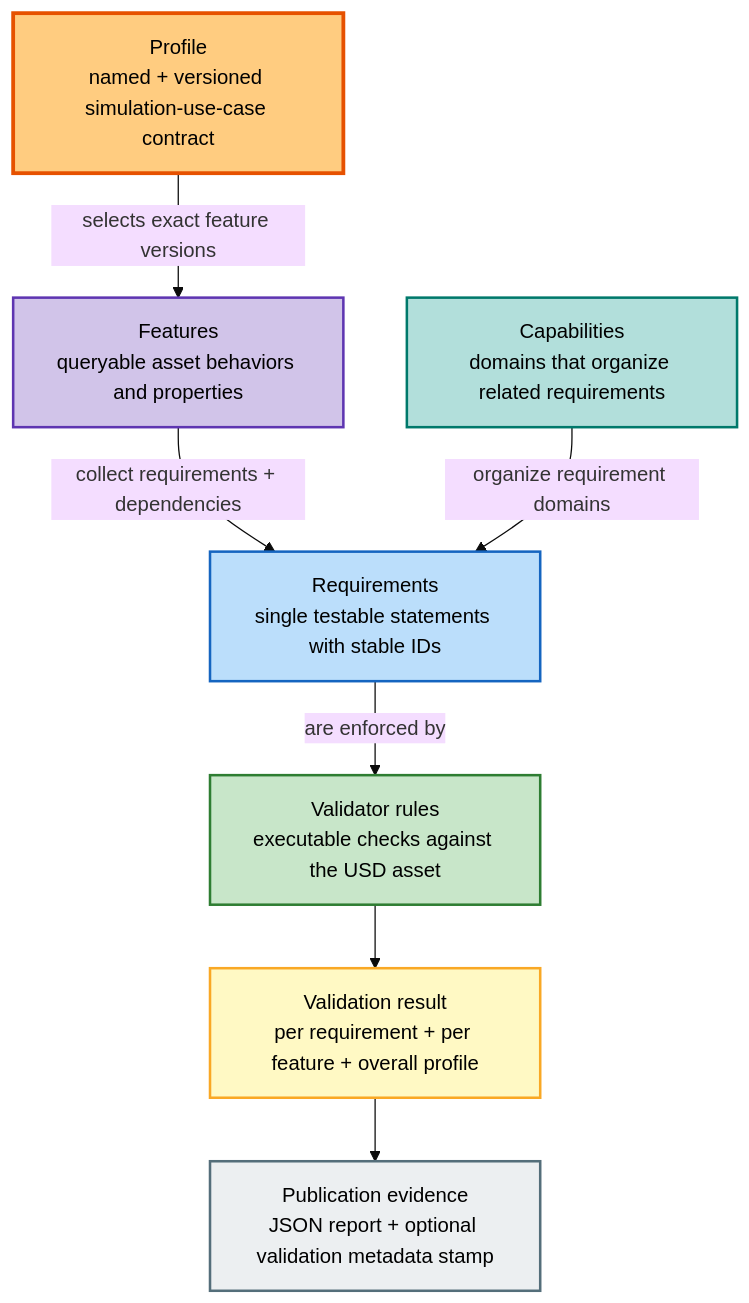
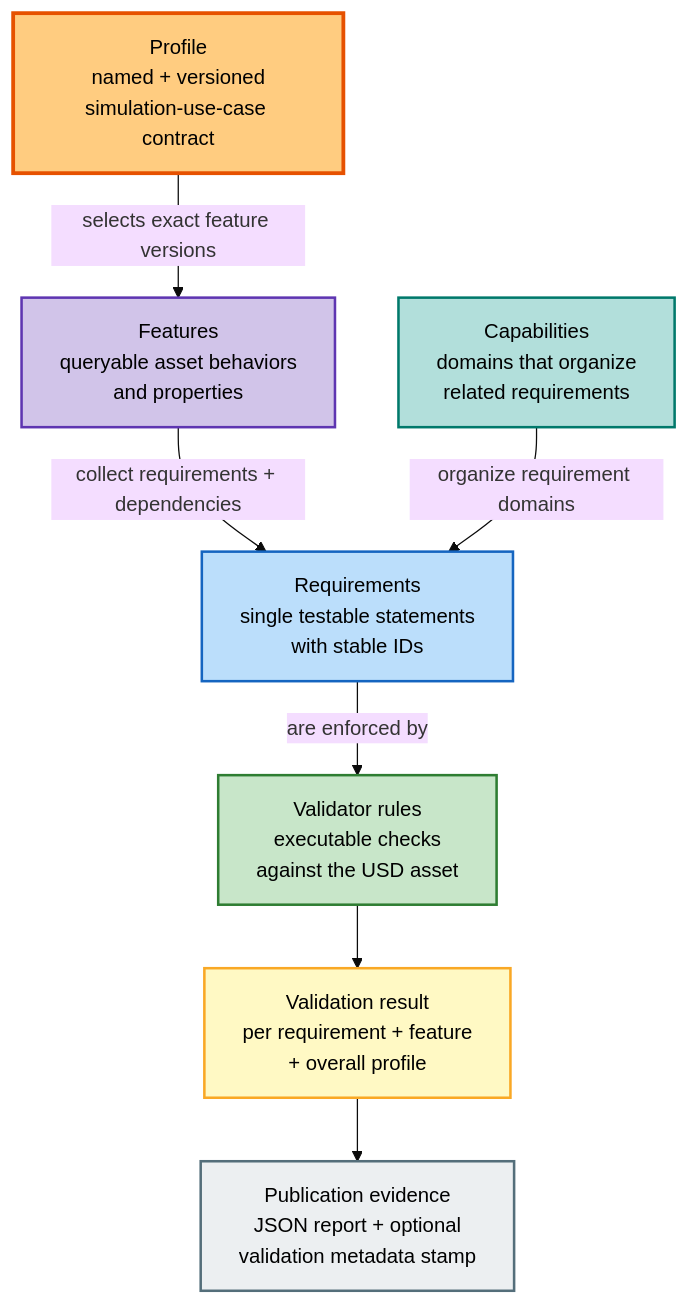
One commit to jph2/USD_GoodStart changed diagram 20 of 21 in WIP_Docs/LAYER_ORDER_REFERENCES_RESEARCH.md. Above: the diagram before and after it, drawn with Mermaid (base theme). The commit also changed other lines of this file, not shown here.

Commit message:
Fix Mermaid label clipping in research diagrams

````diff
--- a/WIP_Docs/LAYER_ORDER_REFERENCES_RESEARCH.md
+++ b/WIP_Docs/LAYER_ORDER_REFERENCES_RESEARCH.md
@@ -2545,25 +2554,25 @@
 ```mermaid
 flowchart TB
-    Profile["Profile<br/>named + versioned simulation-use-case contract"]
-    Features["Features<br/>queryable asset behaviors and properties"]
-    Capabilities["Capabilities<br/>domains that organize related requirements"]
-    Requirements["Requirements<br/>single testable statements with stable IDs"]
-    Rules["Validator rules<br/>executable checks against the USD asset"]
-    Result["Validation result<br/>per requirement + per feature + overall profile"]
-    Evidence["Publication evidence<br/>JSON report + optional validation metadata stamp"]
+    Profile["Profile<br/>named + versioned<br/>simulation-use-case contract"]
+    Features["Features<br/>queryable asset behaviors<br/>and properties"]
+    Capabilities["Capabilities<br/>domains that organize<br/>related requirements"]
+    Requirements["Requirements<br/>single testable statements<br/>with stable IDs"]
+    Rules["Validator rules<br/>executable checks<br/>against the USD asset"]
+    Result["Validation result<br/>per requirement + feature<br/>+ overall profile"]
+    Evidence["Publication evidence<br/>JSON report + optional<br/>validation metadata stamp"]
 
     Profile -->|"selects exact feature versions"| Features
     Features -->|"collect requirements + dependencies"| Requirements
     Capabilities -->|"organize requirement domains"| Requirements
     Requirements -->|"are enforced by"| Rules
     Rules --> Result
     Result --> Evidence
 
     style Profile fill:#ffcc80,stroke:#e65100,stroke-width:3px,color:#000
     style Features fill:#d1c4e9,stroke:#5e35b1,stroke-width:2px,color:#000
     style Capabilities fill:#b2dfdb,stroke:#00796b,stroke-width:2px,color:#000
     style Requirements fill:#bbdefb,stroke:#1565c0,stroke-width:2px,color:#000
     style Rules fill:#c8e6c9,stroke:#2e7d32,stroke-width:2px,color:#000
     style Result fill:#fff9c4,stroke:#f9a825,stroke-width:2px,color:#000
     style Evidence fill:#eceff1,stroke:#546e7a,stroke-width:2px,color:#000
 ```
````
